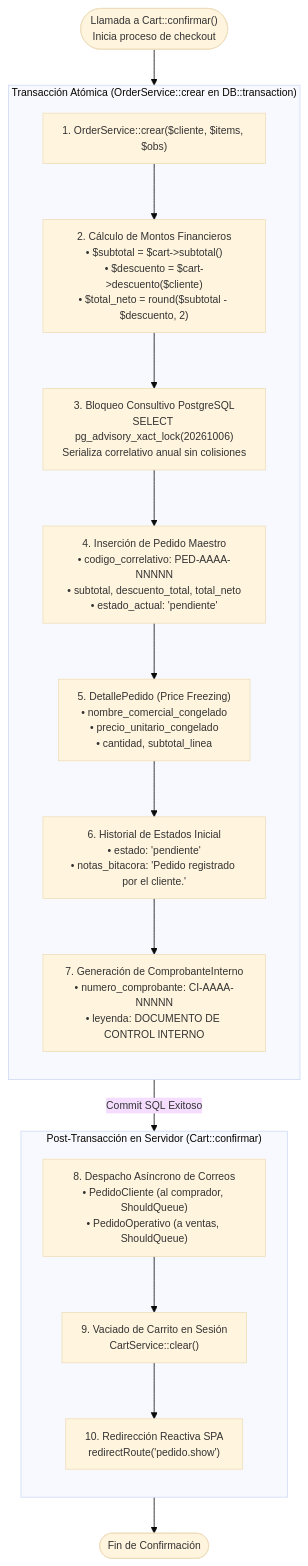
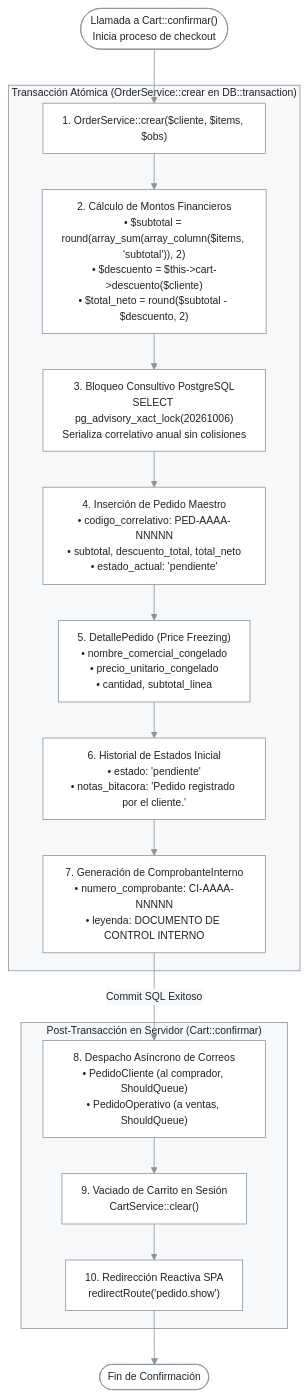
The second of 2 diagrams in 02-modulos/servicios-core.md (Ipolari2645/prueba), drawn with Mermaid before and after one commit. The commit also changed other lines of this file and 4 other files, not shown here.

````diff
--- a/02-modulos/servicios-core.md
+++ b/02-modulos/servicios-core.md
@@ -172,35 +172,33 @@
 ```mermaid
-%%{init: {"theme":"base","themeVariables":{"fontFamily":"Arial, Helvetica, sans-serif","fontSize":"13px"},"flowchart":{"htmlLabels":true,"padding":12,"wrappingWidth":230,"nodeSpacing":35,"rankSpacing":45}}}%%
+%%{init: {"theme":"base","themeVariables":{"fontFamily":"Arial, Helvetica, sans-serif","fontSize":"13px","lineColor":"#8b949e","arrowheadColor":"#8b949e","primaryColor":"#ffffff","primaryTextColor":"#1f2328","primaryBorderColor":"#8b949e","clusterBkg":"#f6f8fa","clusterBorder":"#8b949e","titleColor":"#1f2328","edgeLabelBackground":"#f6f8fa","tertiaryTextColor":"#1f2328"},"flowchart":{"htmlLabels":true,"padding":12,"wrappingWidth":230,"nodeSpacing":35,"rankSpacing":45}}}%%
 flowchart TD
     START(["Llamada a Cart::confirmar()<br/>Inicia proceso de checkout"]) --> OS_CALL
 
     subgraph TX["Transacción Atómica (OrderService::crear en DB::transaction)"]
-        direction TB
         OS_CALL["1. OrderService::crear($cliente, $items, $obs)"]
         
-        T1["2. Cálculo de Montos Financieros<br/>• $subtotal = $cart->subtotal()<br/>• $descuento = $cart->descuento($cliente)<br/>• $total_neto = round($subtotal - $descuento, 2)"]
+        T1["2. Cálculo de Montos Financieros<br/>• $subtotal = round(array_sum(array_column($items, 'subtotal')), 2)<br/>• $descuento = $this->cart->descuento($cliente)<br/>• $total_neto = round($subtotal - $descuento, 2)"]
         
         T2["3. Bloqueo Consultivo PostgreSQL<br/>SELECT pg_advisory_xact_lock(20261006)<br/>Serializa correlativo anual sin colisiones"]
         
         T3["4. Inserción de Pedido Maestro<br/>• codigo_correlativo: PED-AAAA-NNNNN<br/>• subtotal, descuento_total, total_neto<br/>• estado_actual: 'pendiente'"]
         
         T4["5. DetallePedido (Price Freezing)<br/>• nombre_comercial_congelado<br/>• precio_unitario_congelado<br/>• cantidad, subtotal_linea"]
         
         T5["6. Historial de Estados Inicial<br/>• estado: 'pendiente'<br/>• notas_bitacora: 'Pedido registrado por el cliente.'"]
 
         T6["7. Generación de ComprobanteInterno<br/>• numero_comprobante: CI-AAAA-NNNNN<br/>• leyenda: DOCUMENTO DE CONTROL INTERNO"]
 
         OS_CALL --> T1 --> T2 --> T3 --> T4 --> T5 --> T6
     end
 
     subgraph POST_TX["Post-Transacción en Servidor (Cart::confirmar)"]
-        direction TB
         P1["8. Despacho Asíncrono de Correos<br/>• PedidoCliente (al comprador, ShouldQueue)<br/>• PedidoOperativo (a ventas, ShouldQueue)"]
         P2["9. Vaciado de Carrito en Sesión<br/>CartService::clear()"]
         P3["10. Redirección Reactiva SPA<br/>redirectRoute('pedido.show')"]
         P1 --> P2 --> P3
     end
 
     T6 -->|"Commit SQL Exitoso"| P1
     P3 --> FIN(["Fin de Confirmación"])
 ```
````
